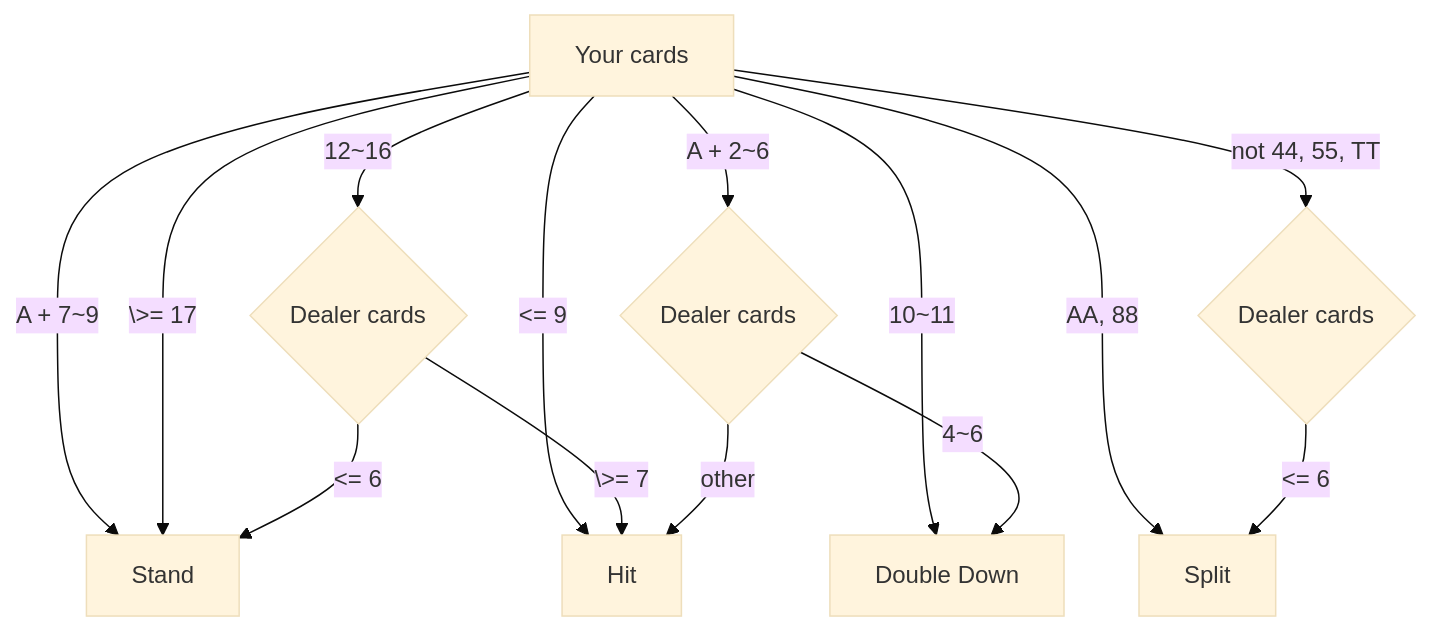
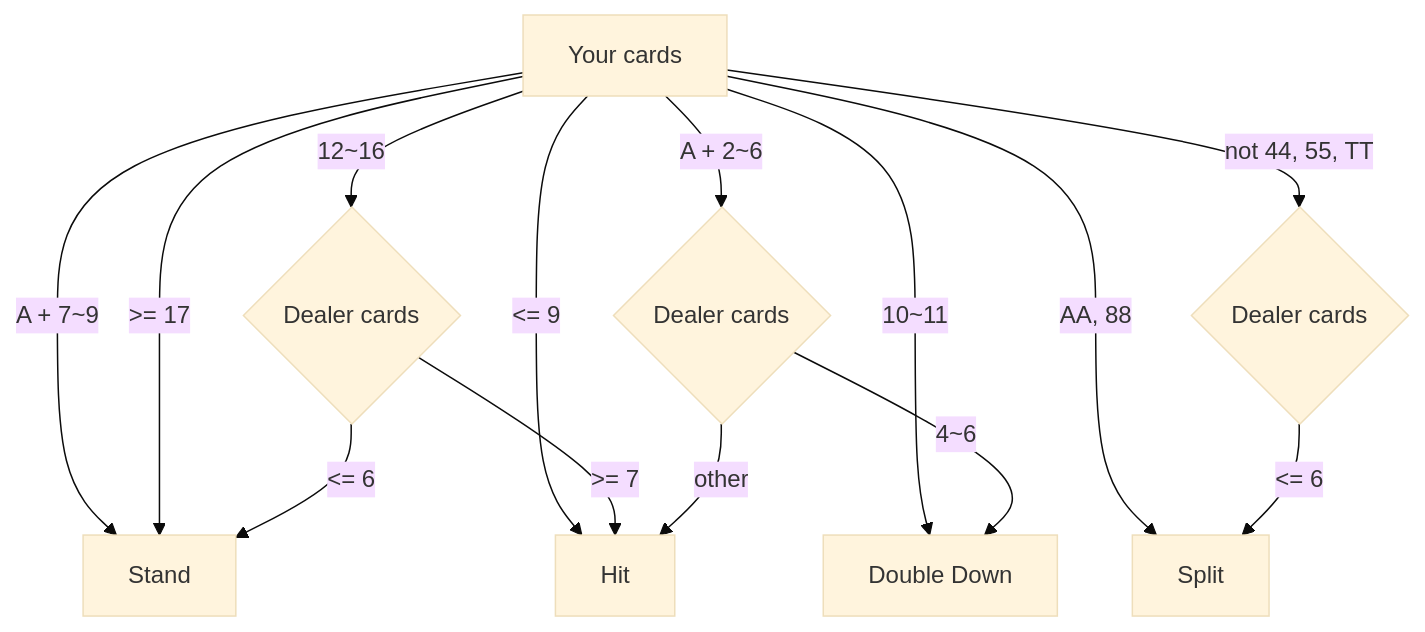
Before and after one commit to eric19960304/blackjack-basic-strategy-decision-tree: the second of 2 diagrams in README.md, drawn with Mermaid (base theme). The commit also changed other lines of this file, not shown here.

````diff
--- a/README.md
+++ b/README.md
@@ -33,25 +33,25 @@
 ```mermaid
 flowchart TB
     playerCards[Your cards]
 
     playerCards --> |A + 7~9| stand
-    playerCards --> |\>= 17| stand
+    playerCards --> |>= 17| stand
     playerCards --> |12~16| delarCards{Dealer cards}
     playerCards --> |10~11| doubleDown
     playerCards --> |<= 9| hit
     playerCards --> |AA, 88| split
     playerCards --> |not 44, 55, TT| delarCards3{Dealer cards}
 
     playerCards --> |A + 2~6| delarCards2{Dealer cards}
 
     delarCards --> | <= 6| stand
-    delarCards --> | \>= 7| hit
+    delarCards --> | >= 7| hit
     delarCards2 --> |4~6| doubleDown
     delarCards2 --> |other| hit
     delarCards3 --> |<= 6| split
 
     stand[Stand]
     hit[Hit]
     doubleDown[Double Down]
     split[Split]
 ```
````
